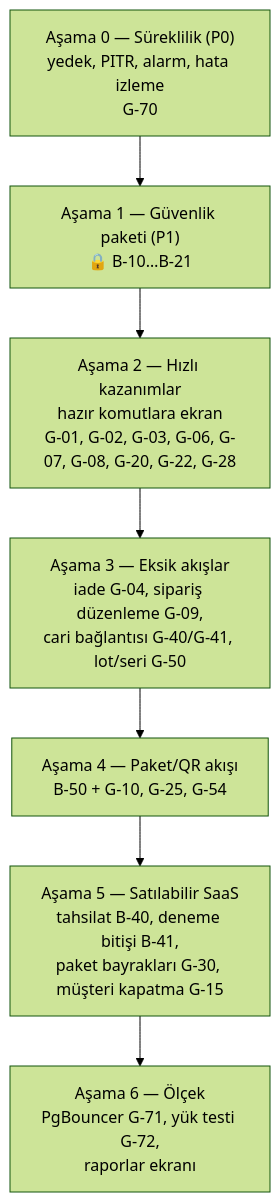
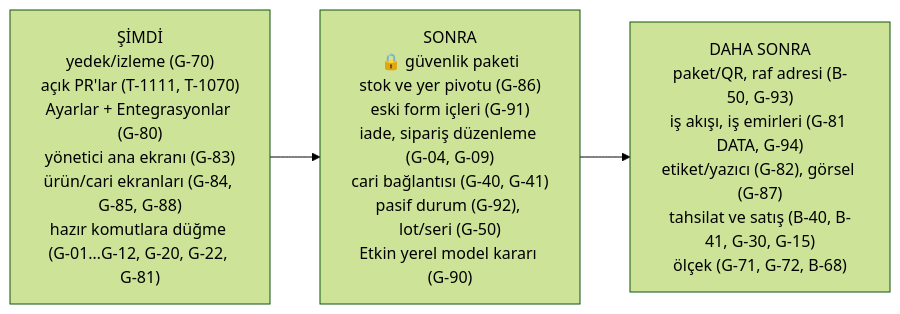
The diagram in docs/fonksiyonel-mimari/04-gap-analizi.md (shosgoren/EtkinWMS), drawn with Mermaid (forest theme) before and after one commit. The commit also changed other lines of this file and 10 other files, not shown here.

````diff
--- a/docs/fonksiyonel-mimari/04-gap-analizi.md
+++ b/docs/fonksiyonel-mimari/04-gap-analizi.md
@@ -119,9 +161,5 @@
 ```mermaid
-flowchart TB
-  A["Aşama 0 — Süreklilik (P0)<br/>yedek, PITR, alarm, hata izleme<br/>G-70"] --> B["Aşama 1 — Güvenlik paketi (P1)<br/>🔒 B-10…B-21"]
-  B --> C["Aşama 2 — Hızlı kazanımlar<br/>hazır komutlara ekran<br/>G-01, G-02, G-03, G-06, G-07, G-08, G-20, G-22, G-28"]
-  C --> D["Aşama 3 — Eksik akışlar<br/>iade G-04, sipariş düzenleme G-09,<br/>cari bağlantısı G-40/G-41, lot/seri G-50"]
-  D --> E["Aşama 4 — Paket/QR akışı<br/>B-50 + G-10, G-25, G-54"]
-  E --> F["Aşama 5 — Satılabilir SaaS<br/>tahsilat B-40, deneme bitişi B-41,<br/>paket bayrakları G-30, müşteri kapatma G-15"]
-  F --> G["Aşama 6 — Ölçek<br/>PgBouncer G-71, yük testi G-72,<br/>raporlar ekranı"]
+flowchart LR
+  A["ŞİMDİ<br/>yedek/izleme (G-70)<br/>açık PR'lar (T-1111, T-1070)<br/>Ayarlar + Entegrasyonlar (G-80)<br/>yönetici ana ekranı (G-83)<br/>ürün/cari ekranları (G-84, G-85, G-88)<br/>hazır komutlara düğme (G-01…G-12, G-20, G-22, G-81)"] --> B["SONRA<br/>🔒 güvenlik paketi<br/>stok ve yer pivotu (G-86)<br/>eski form içleri (G-91)<br/>iade, sipariş düzenleme (G-04, G-09)<br/>cari bağlantısı (G-40, G-41)<br/>pasif durum (G-92), lot/seri (G-50)<br/>Etkin yerel model kararı (G-90)"]
+  B --> C["DAHA SONRA<br/>paket/QR, raf adresi (B-50, G-93)<br/>iş akışı, iş emirleri (G-81 DATA, G-94)<br/>etiket/yazıcı (G-82), görsel (G-87)<br/>tahsilat ve satış (B-40, B-41, G-30, G-15)<br/>ölçek (G-71, G-72, B-68)"]
 ```
````
